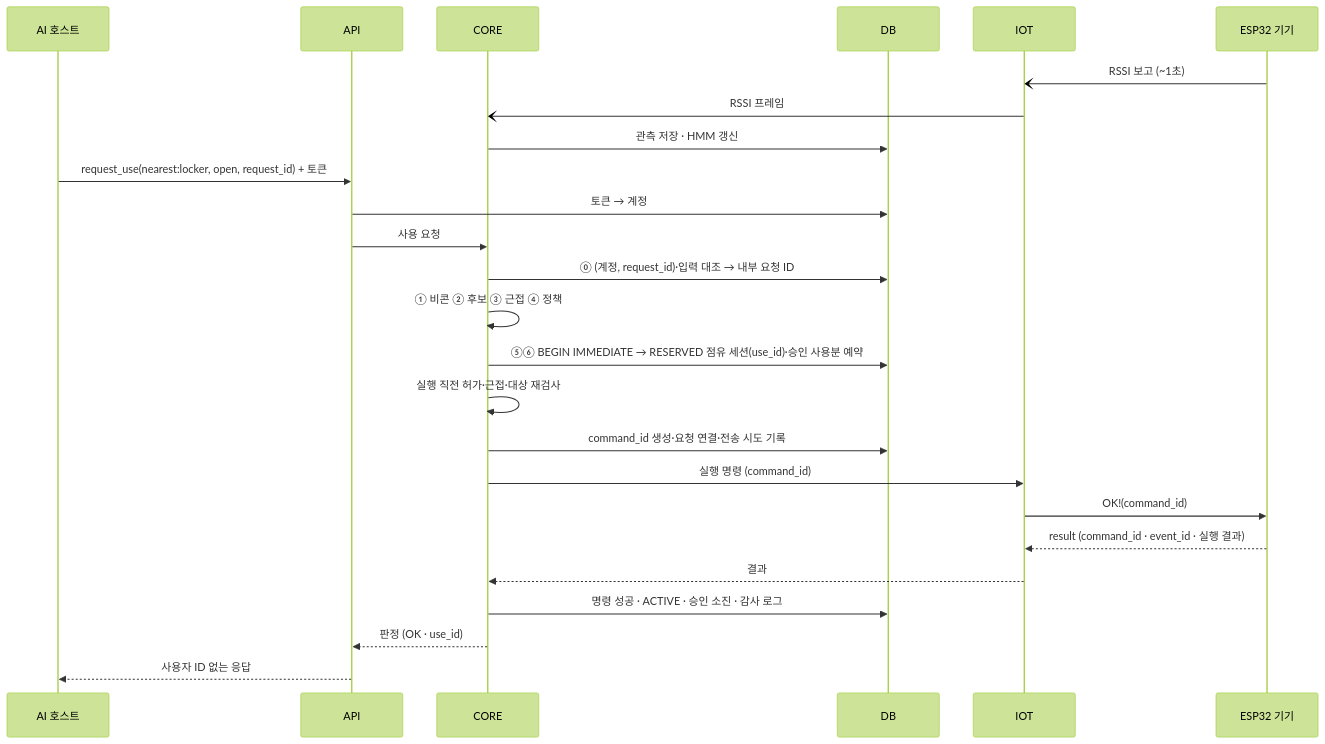
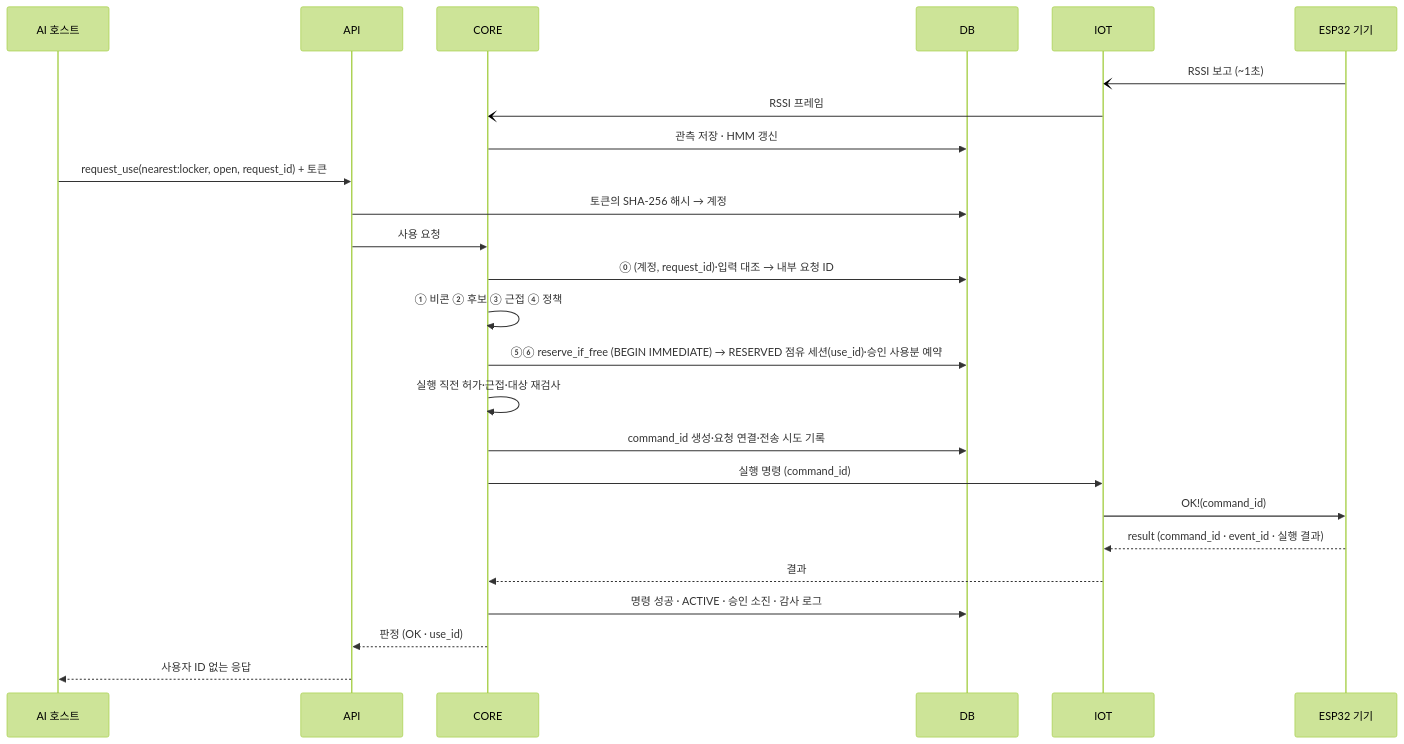
The second of 3 diagrams in docs/architecture.md (capstone-itda/nearpilot-server), drawn with Mermaid (forest theme) before and after one commit. The commit also changed other lines of this file and 3 other files, not shown here.

````diff
--- a/docs/architecture.md
+++ b/docs/architecture.md
@@ -920,28 +1034,28 @@
 ```mermaid
 sequenceDiagram
     participant H as AI 호스트
     participant A as API
     participant C as CORE
     participant D as DB
     participant I as IOT
     participant N as ESP32 기기
 
     N-)I: RSSI 보고 (~1초)
     I-)C: RSSI 프레임
     C->>D: 관측 저장 · HMM 갱신
     H->>A: request_use(nearest:locker, open, request_id) + 토큰
-    A->>D: 토큰 → 계정
+    A->>D: 토큰의 SHA-256 해시 → 계정
     A->>C: 사용 요청
     C->>D: ⓪ (계정, request_id)·입력 대조 → 내부 요청 ID
     C->>C: ① 비콘 ② 후보 ③ 근접 ④ 정책
-    C->>D: ⑤⑥ BEGIN IMMEDIATE → RESERVED 점유 세션(use_id)·승인 사용분 예약
+    C->>D: ⑤⑥ reserve_if_free (BEGIN IMMEDIATE) → RESERVED 점유 세션(use_id)·승인 사용분 예약
     C->>C: 실행 직전 허가·근접·대상 재검사
     C->>D: command_id 생성·요청 연결·전송 시도 기록
     C->>I: 실행 명령 (command_id)
     I->>N: OK!(command_id)
     N-->>I: result (command_id · event_id · 실행 결과)
     I-->>C: 결과
     C->>D: 명령 성공 · ACTIVE · 승인 소진 · 감사 로그
     C-->>A: 판정 (OK · use_id)
     A-->>H: 사용자 ID 없는 응답
 ```
````
